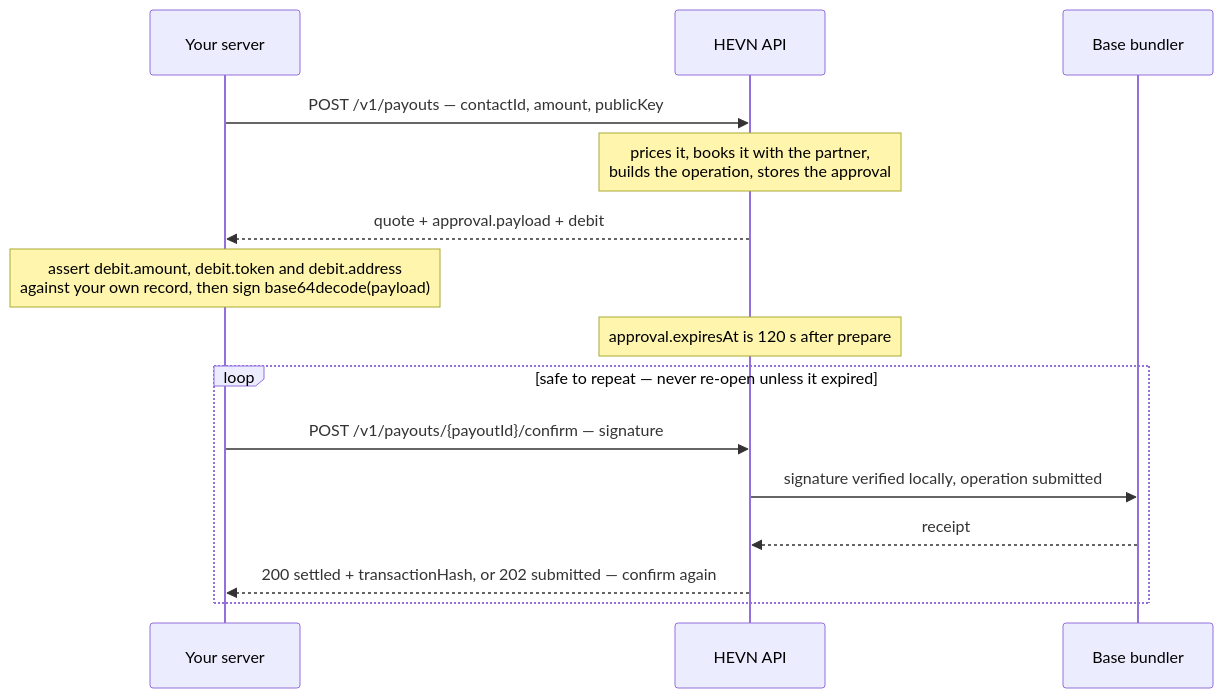
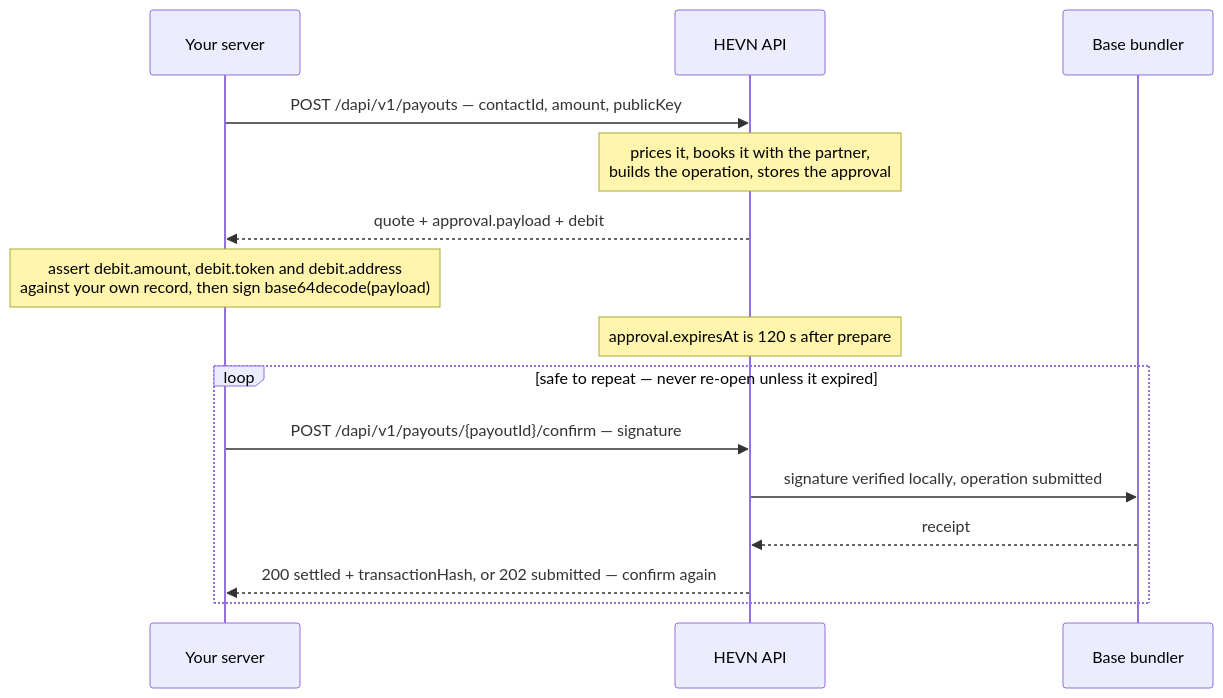
One commit to hevn-inc/docs changed the diagram in whitelabel/signing.mdx. Above: the diagram before and after it, drawn with Mermaid. The commit also changed other lines of this file and 37 other files, not shown here.

````diff
--- a/whitelabel/signing.mdx
+++ b/whitelabel/signing.mdx
@@ -29,17 +29,17 @@
 ```mermaid
 sequenceDiagram
     participant S as Your server
     participant H as HEVN API
     participant B as Base bundler
-    S->>H: POST /v1/payouts — contactId, amount, publicKey
+    S->>H: POST /dapi/v1/payouts — contactId, amount, publicKey
     Note over H: prices it, books it with the partner,<br/>builds the operation, stores the approval
     H-->>S: quote + approval.payload + debit
     Note over S: assert debit.amount, debit.token and debit.address<br/>against your own record, then sign base64decode(payload)
     Note over H: approval.expiresAt is 120 s after prepare
     loop safe to repeat — never re-open unless it expired
-        S->>H: POST /v1/payouts/{payoutId}/confirm — signature
+        S->>H: POST /dapi/v1/payouts/{payoutId}/confirm — signature
         H->>B: signature verified locally, operation submitted
         B-->>H: receipt
         H-->>S: 200 settled + transactionHash, or 202 submitted — confirm again
     end
 ```
````
